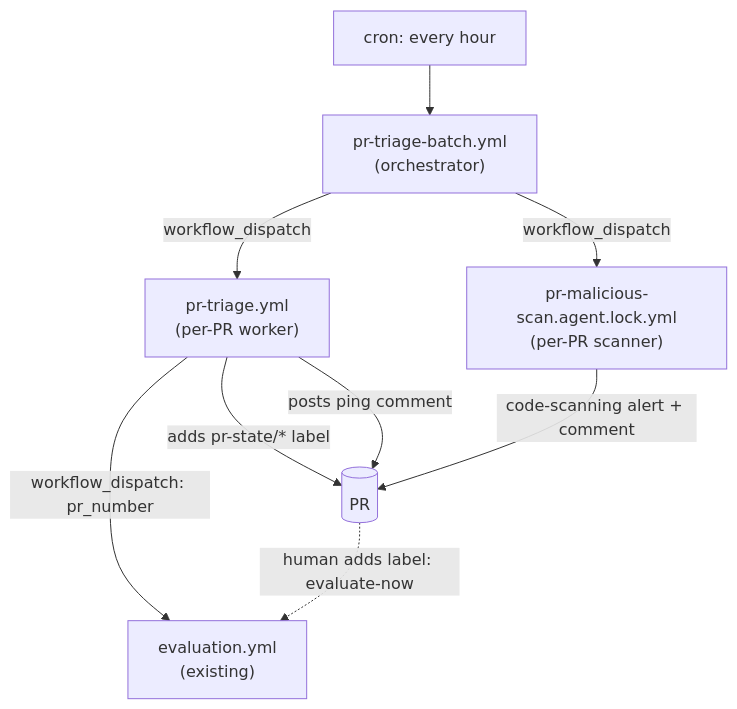
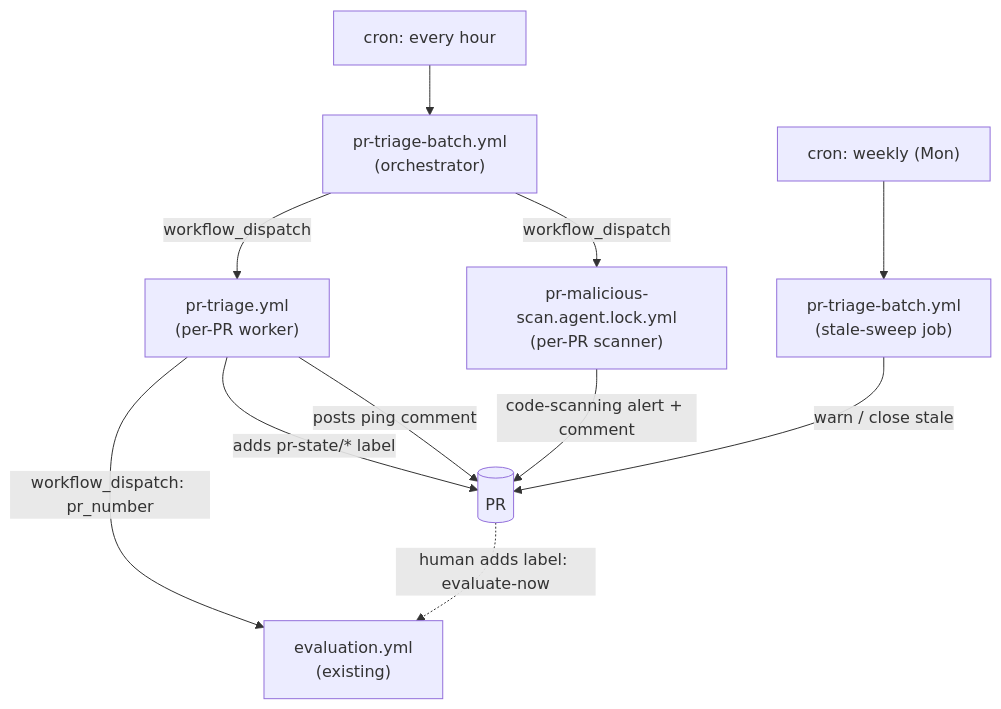
The diagram in docs/design/pr-triage-workflows.md (dotnet/skills), drawn with Mermaid before and after one commit. The commit also changed other lines of this file and 4 other files, not shown here.

First line of the commit message:
Fold Close Stale PRs into deterministic pr-triage stale sweep

````diff
--- a/docs/design/pr-triage-workflows.md
+++ b/docs/design/pr-triage-workflows.md
@@ -19,11 +20,13 @@
 ```mermaid
 flowchart TD
     Cron["cron: every hour"] --> Batch["pr-triage-batch.yml<br/>(orchestrator)"]
+    WCron["cron: weekly (Mon)"] --> Sweep["pr-triage-batch.yml<br/>(stale-sweep job)"]
     Batch -->|workflow_dispatch| Worker["pr-triage.yml<br/>(per-PR worker)"]
     Batch -->|workflow_dispatch| Scan["pr-malicious-scan.agent.lock.yml<br/>(per-PR scanner)"]
     Worker -->|workflow_dispatch: pr_number| Eval["evaluation.yml<br/>(existing)"]
     Worker -->|adds pr-state/* label| PR[("PR")]
     Worker -->|posts ping comment| PR
     Scan -->|code-scanning alert + comment| PR
+    Sweep -->|warn / close stale| PR
     PR -.->|human adds label: evaluate-now| Eval
 ```
````
